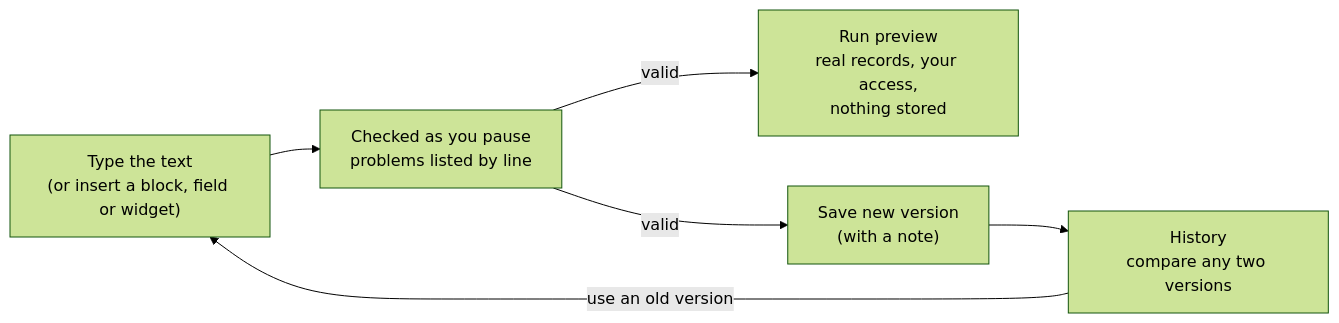
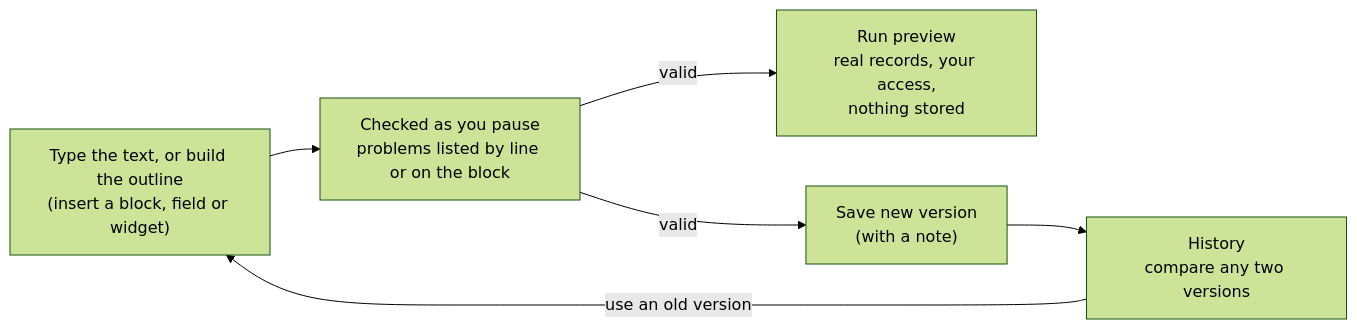
The fourth of 7 diagrams in docs/website/docs/core-features/reports-and-export.md (ballardr/reqtrackmanager), drawn with Mermaid (forest theme) before and after one commit. The commit also changed other lines of this file and 73 other files, not shown here.

````diff
--- a/docs/website/docs/core-features/reports-and-export.md
+++ b/docs/website/docs/core-features/reports-and-export.md
@@ -139,8 +139,8 @@
 ```mermaid
 flowchart LR
-    T["Type the text<br/>(or insert a block, field or widget)"] --> C["Checked as you pause<br/>problems listed by line"]
+    T["Type the text, or build the outline<br/>(insert a block, field or widget)"] --> C["Checked as you pause<br/>problems listed by line or on the block"]
     C -->|valid| P["Run preview<br/>real records, your access,<br/>nothing stored"]
     C -->|valid| S["Save new version<br/>(with a note)"]
     S --> H["History<br/>compare any two versions"]
     H -->|use an old version| T
 ```
````
